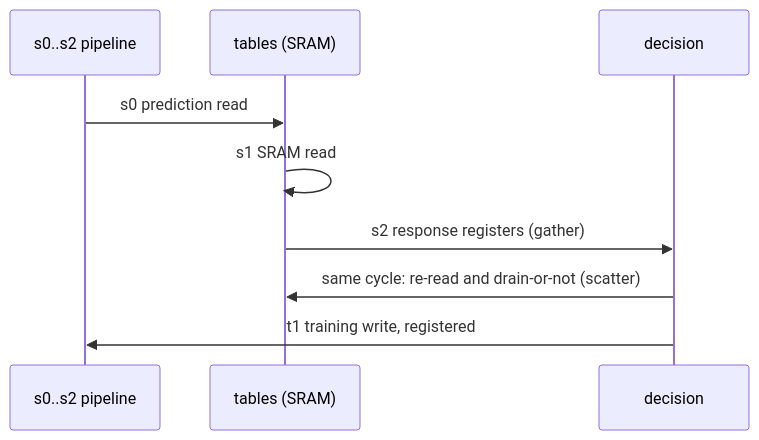
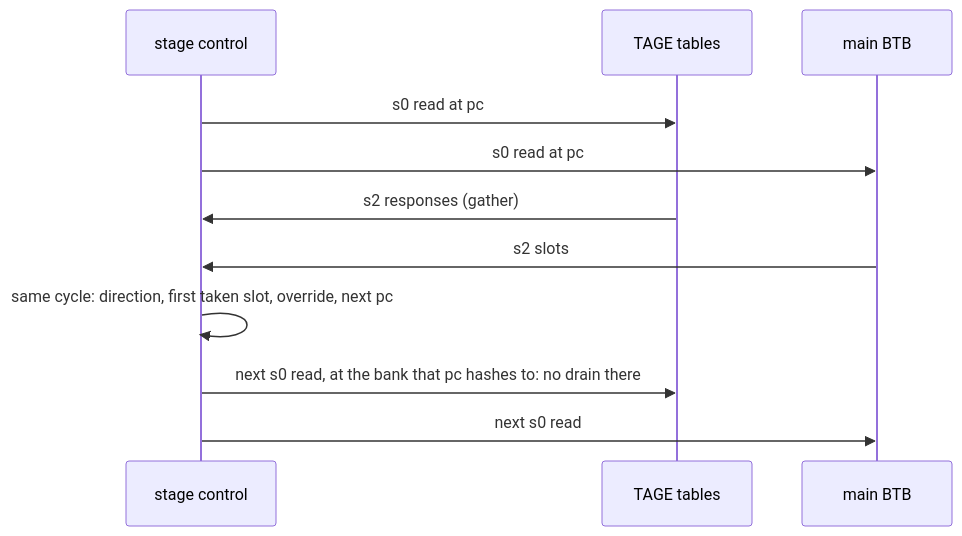
Before and after one commit to The-OpenROAD-Project/bazel-orfs: the second of 2 diagrams in flow/designs/asap7/tage_update/README.md, drawn with Mermaid. The commit also changed other lines of this file and 9 other files, not shown here.

````diff
--- a/flow/designs/asap7/tage_update/README.md
+++ b/flow/designs/asap7/tage_update/README.md
@@ -40,11 +50,13 @@
 ```mermaid
 sequenceDiagram
-  participant P as s0..s2 pipeline
-  participant T as tables (SRAM)
-  participant C as decision
-  P->>T: s0 prediction read
-  T->>T: s1 SRAM read
-  T->>C: s2 response registers (gather)
-  C->>T: same cycle: re-read and drain-or-not (scatter)
-  C->>P: t1 training write, registered
+  participant S as stage control
+  participant T as TAGE tables
+  participant B as main BTB
+  S->>T: s0 read at pc
+  S->>B: s0 read at pc
+  T->>S: s2 responses (gather)
+  B->>S: s2 slots
+  S->>S: same cycle: direction, first taken slot, override, next pc
+  S->>T: next s0 read, at the bank that pc hashes to: no drain there
+  S->>B: next s0 read
 ```
````
